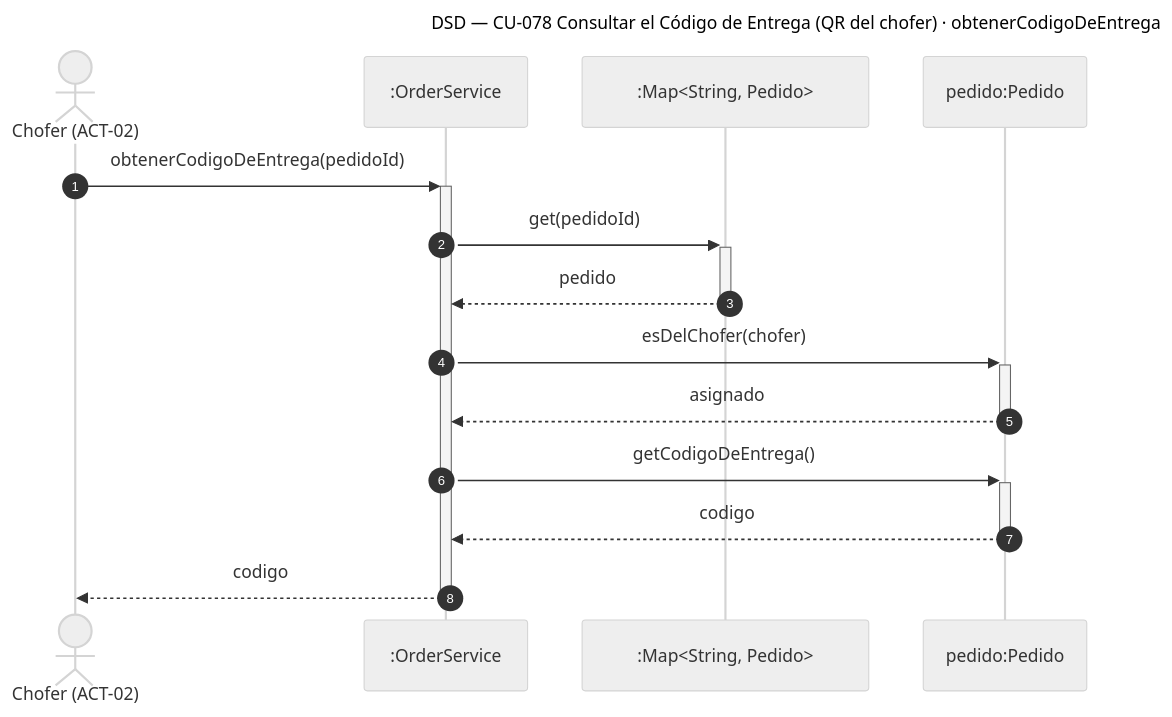
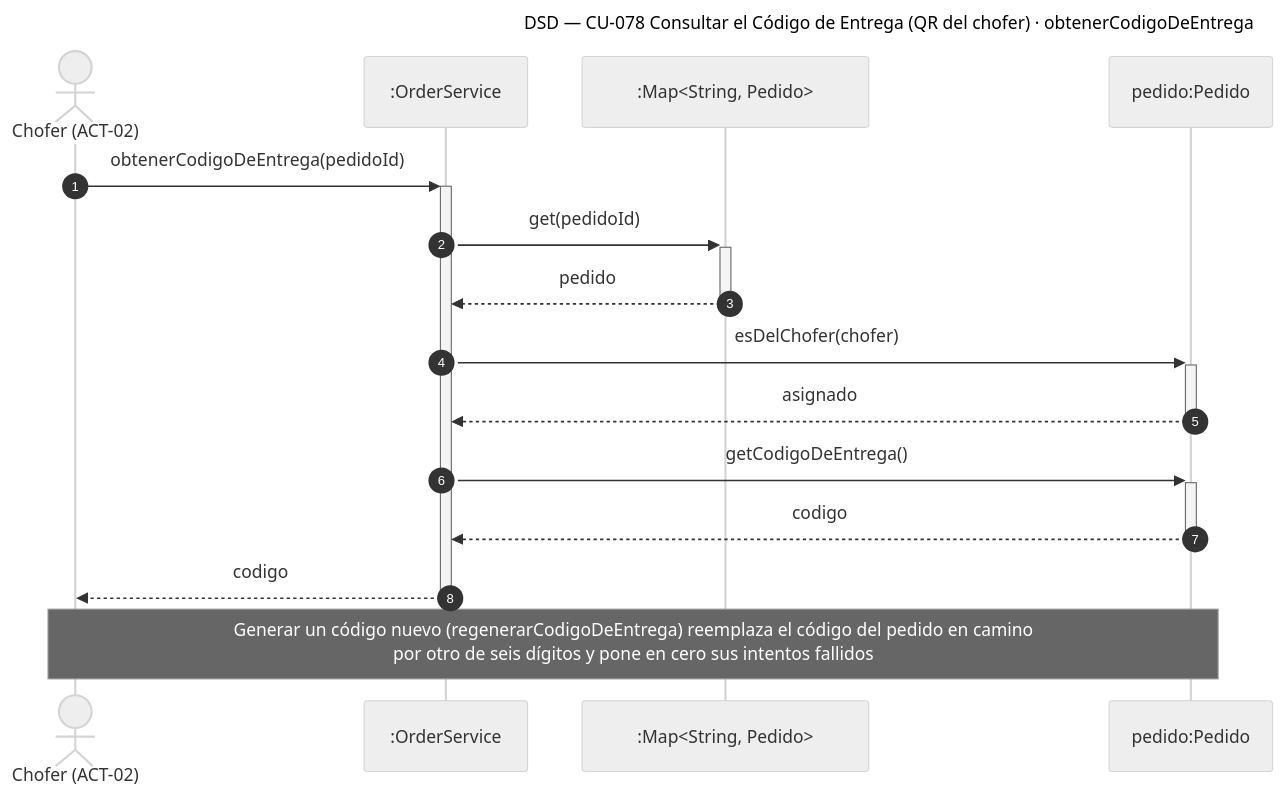
The diagram in diagramas/DSD_CU-078_obtenerCodigoDeEntrega.mmd (Nahuelito-Dev/splg-docs), drawn with Mermaid (neutral theme) before and after one commit. The commit also changed 16 other files, not shown here.

Commit message:
docs(cu-078,cu-079): código de entrega de seis dígitos, tope de cinco intentos y código nuevo

```diff
--- a/diagramas/DSD_CU-078_obtenerCodigoDeEntrega.mmd
+++ b/diagramas/DSD_CU-078_obtenerCodigoDeEntrega.mmd
@@ -1,16 +1,17 @@
 sequenceDiagram
     title DSD — CU-078 Consultar el Código de Entrega (QR del chofer) · obtenerCodigoDeEntrega
     autonumber
     actor CHF as Chofer (ACT-02)
     participant SRV as :OrderService
     participant PEDS as :Map#lt;String, Pedido#gt;
     participant PED as pedido:Pedido
 
     CHF->>+SRV: obtenerCodigoDeEntrega(pedidoId)
     SRV->>+PEDS: get(pedidoId)
     PEDS-->>-SRV: pedido
     SRV->>+PED: esDelChofer(chofer)
     PED-->>-SRV: asignado
     SRV->>+PED: getCodigoDeEntrega()
     PED-->>-SRV: codigo
     SRV-->>-CHF: codigo
+    Note over CHF,PED: Generar un código nuevo (regenerarCodigoDeEntrega) reemplaza el código del pedido en camino<br/>por otro de seis dígitos y pone en cero sus intentos fallidos
```
